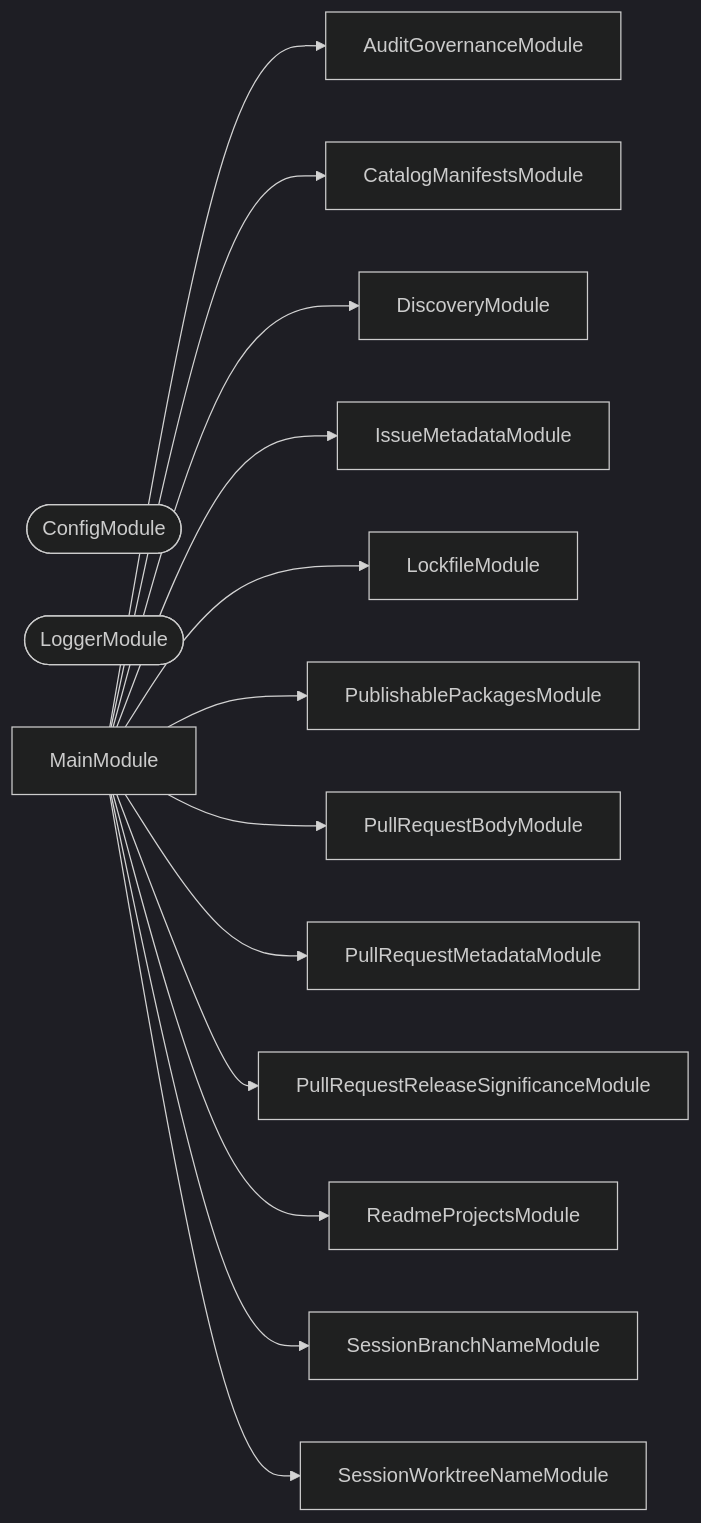
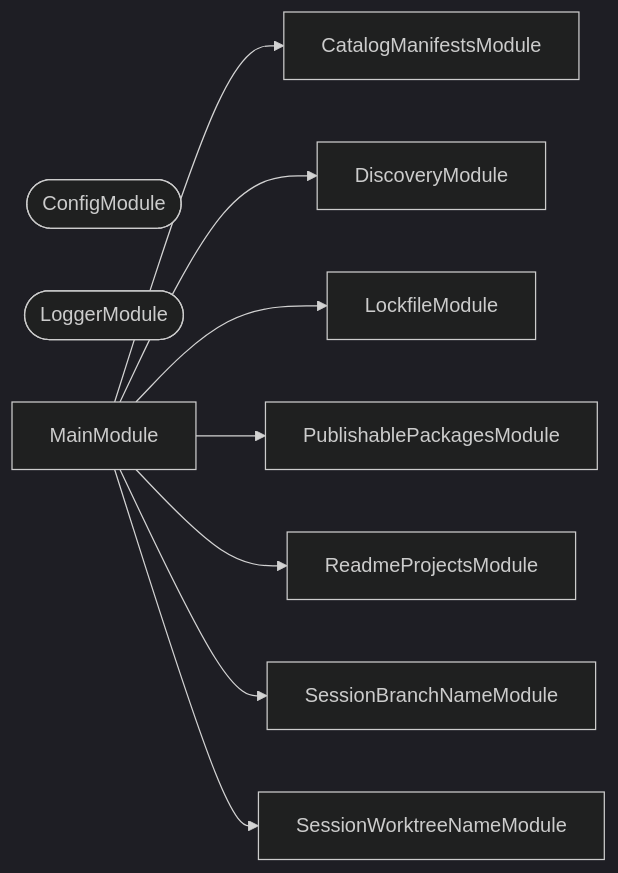
The second of 3 diagrams in validation/README.md (organizzolini/codebase), drawn with Mermaid (dark theme) before and after one commit. The commit also changed other lines of this file and 183 other files, not shown here.

````diff
--- a/validation/README.md
+++ b/validation/README.md
@@ -579,30 +378,20 @@
 ```mermaid
 flowchart LR
-  AuditGovernanceModule
   CatalogManifestsModule
   ConfigModule([ConfigModule])
   DiscoveryModule
-  IssueMetadataModule
   LockfileModule
   LoggerModule([LoggerModule])
   MainModule
   PublishablePackagesModule
-  PullRequestBodyModule
-  PullRequestMetadataModule
-  PullRequestReleaseSignificanceModule
   ReadmeProjectsModule
   SessionBranchNameModule
   SessionWorktreeNameModule
-  MainModule --> AuditGovernanceModule
   MainModule --> CatalogManifestsModule
   MainModule --> DiscoveryModule
-  MainModule --> IssueMetadataModule
   MainModule --> LockfileModule
   MainModule --> PublishablePackagesModule
-  MainModule --> PullRequestBodyModule
-  MainModule --> PullRequestMetadataModule
-  MainModule --> PullRequestReleaseSignificanceModule
   MainModule --> ReadmeProjectsModule
   MainModule --> SessionBranchNameModule
   MainModule --> SessionWorktreeNameModule
 ```
````
